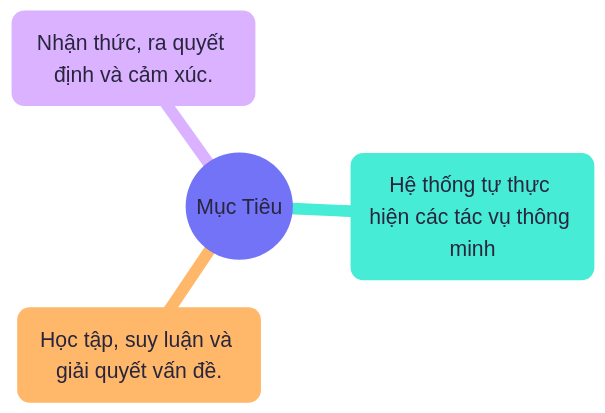
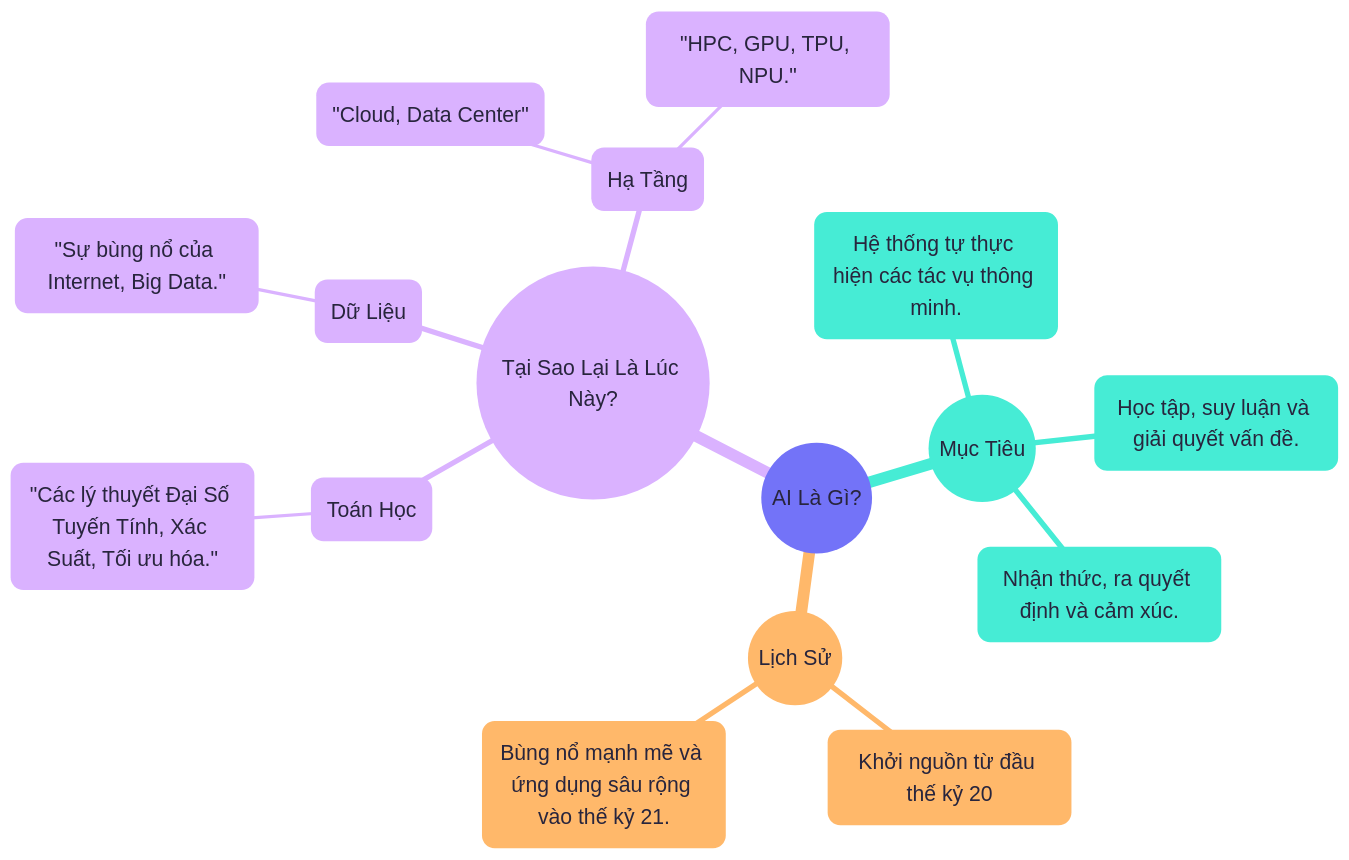
The diagram in content/diagrams/chapter01-ai-la-gi.mmd (sam-uit/typst-report-template), drawn with Mermaid before and after one commit.

```diff
--- a/content/diagrams/chapter01-ai-la-gi.mmd
+++ b/content/diagrams/chapter01-ai-la-gi.mmd
@@ -1,12 +1,24 @@
 ---
 config:
   theme: redux-color
   themeVariables:
     fontFamily: Google Sans
     fontSize: 20px
 ---
 mindmap
-  root(("Mục Tiêu"))
-    ("Hệ thống tự thực hiện các tác vụ thông minh")
-    ("Học tập, suy luận và giải quyết vấn đề.")
-    ("Nhận thức, ra quyết định và cảm xúc.")
+  root(("AI Là Gì?"))
+    ((Mục Tiêu))
+        ("Hệ thống tự thực hiện các tác vụ thông minh.")
+        ("Học tập, suy luận và giải quyết vấn đề.")
+        ("Nhận thức, ra quyết định và cảm xúc.")
+    ((Lịch Sử))
+        ("Khởi nguồn từ đầu thế kỷ 20")
+        ("Bùng nổ mạnh mẽ và ứng dụng sâu rộng vào thế kỷ 21.")
+    ((Tại Sao Lại Là Lúc Này?))
+        (Toán Học)
+            "Các lý thuyết Đại Số Tuyến Tính, Xác Suất, Tối ưu hóa."
+        (Dữ Liệu)
+            "Sự bùng nổ của Internet, Big Data."
+        (Hạ Tầng)
+            "Cloud, Data Center"
+            "HPC, GPU, TPU, NPU."
```
